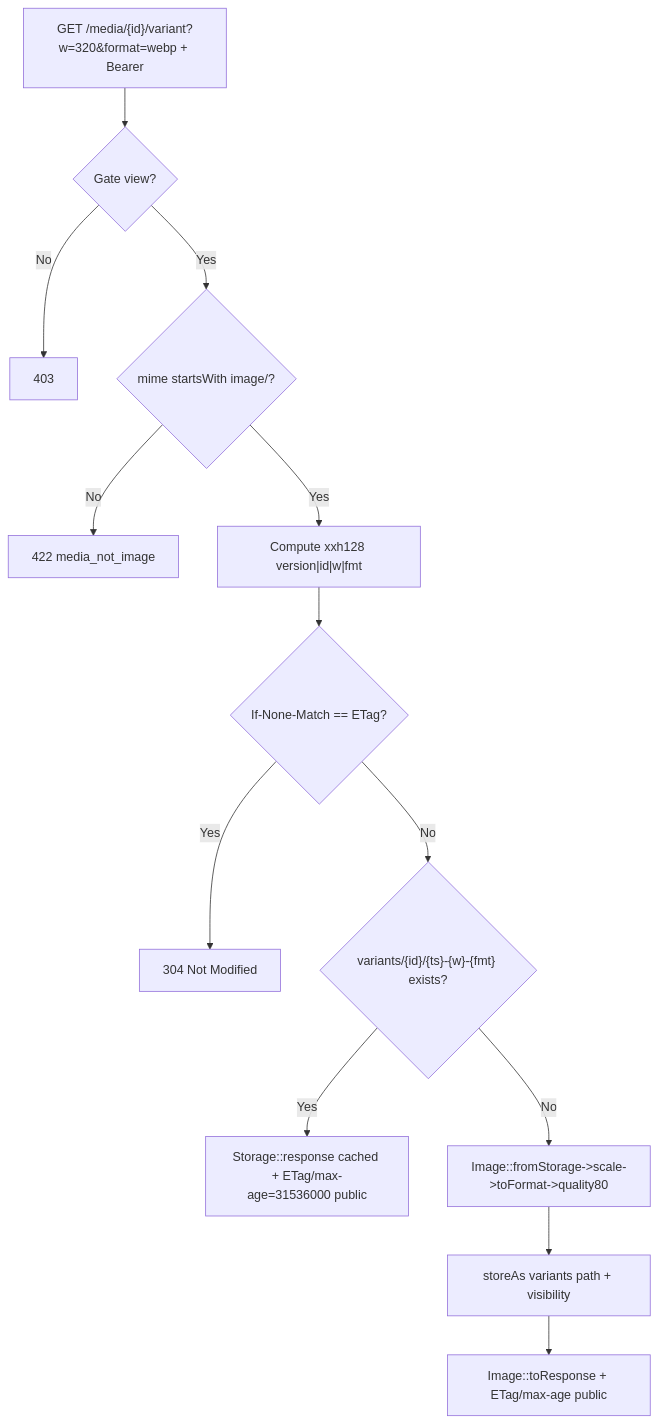
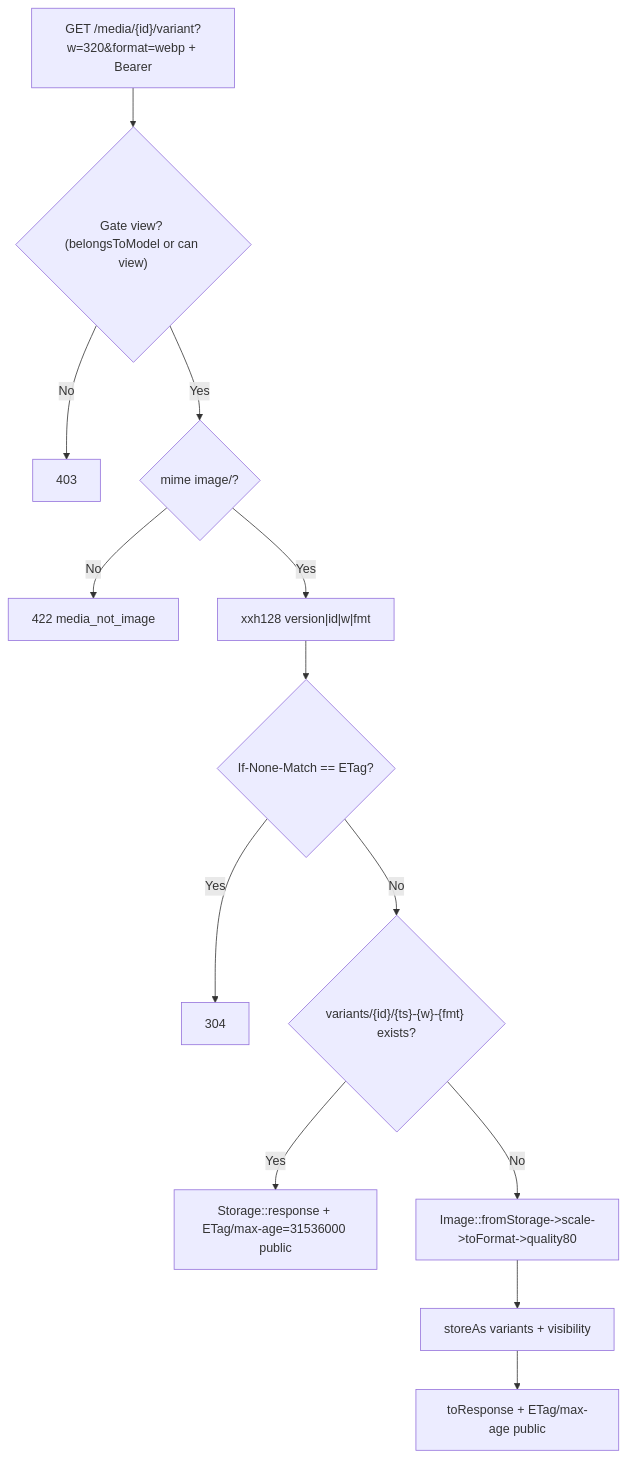
The third of 5 diagrams in modules/Media/README.md (thomiOmi/laravel-starterkit-api), drawn with Mermaid before and after one commit. The commit also changed other lines of this file and 8 other files, not shown here.

````diff
--- a/modules/Media/README.md
+++ b/modules/Media/README.md
@@ -93,15 +137,15 @@
 ```mermaid
 flowchart TD
-    Req["GET /media/{id}/variant?w=320&format=webp + Bearer"] --> Auth{"Gate view?"}
-    Auth -- "No" --> N403["403"]
-    Auth -- "Yes" --> IsImg{"mime startsWith image/?"}
-    IsImg -- "No" --> N422["422 media_not_image"]
-    IsImg -- "Yes" --> ETag["Compute xxh128 version|id|w|fmt"]
+    Req["GET /media/{id}/variant?w=320&format=webp + Bearer"] --> Auth{"Gate view? (belongsToModel or can view)"}
+    Auth -- No --> N403["403"]
+    Auth -- Yes --> IsImg{"mime image/?"}
+    IsImg -- No --> N422["422 media_not_image"]
+    IsImg -- Yes --> ETag["xxh128 version|id|w|fmt"]
     ETag --> Match{"If-None-Match == ETag?"}
-    Match -- "Yes" --> N304["304 Not Modified"]
-    Match -- "No" --> Cache{"variants/{id}/{ts}-{w}-{fmt} exists?"}
-    Cache -- "Yes" --> StreamCache["Storage::response cached + ETag/max-age=31536000 public"]
-    Cache -- "No" --> Gen["Image::fromStorage->scale->toFormat->quality80"]
-    Gen --> Write["storeAs variants path + visibility"]
-    Write --> StreamGen["Image::toResponse + ETag/max-age public"]
+    Match -- Yes --> N304["304"]
+    Match -- No --> Cache{"variants/{id}/{ts}-{w}-{fmt} exists?"}
+    Cache -- Yes --> StreamCache["Storage::response + ETag/max-age=31536000 public"]
+    Cache -- No --> Gen["Image::fromStorage->scale->toFormat->quality80"]
+    Gen --> Write["storeAs variants + visibility"]
+    Write --> StreamGen["toResponse + ETag/max-age public"]
 ```
````
